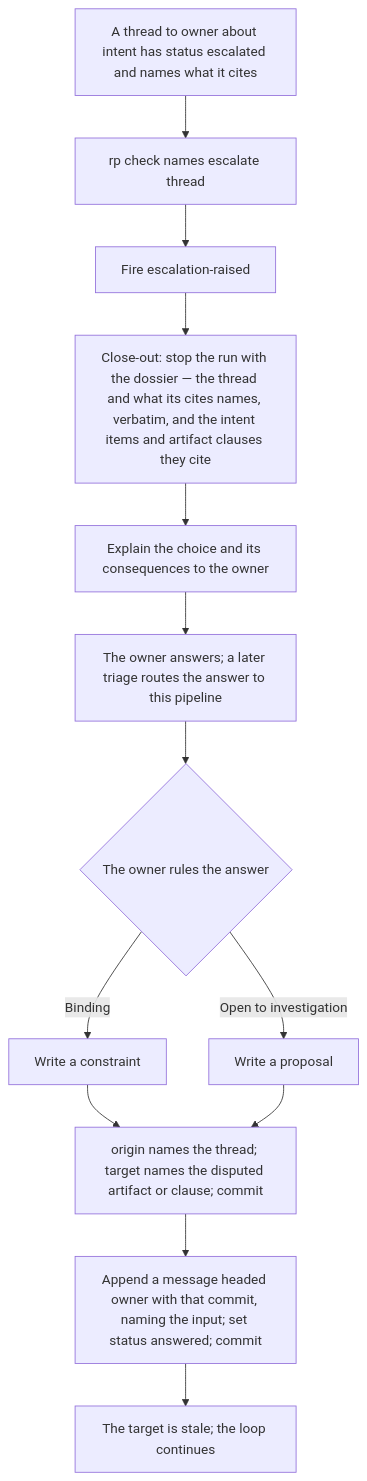
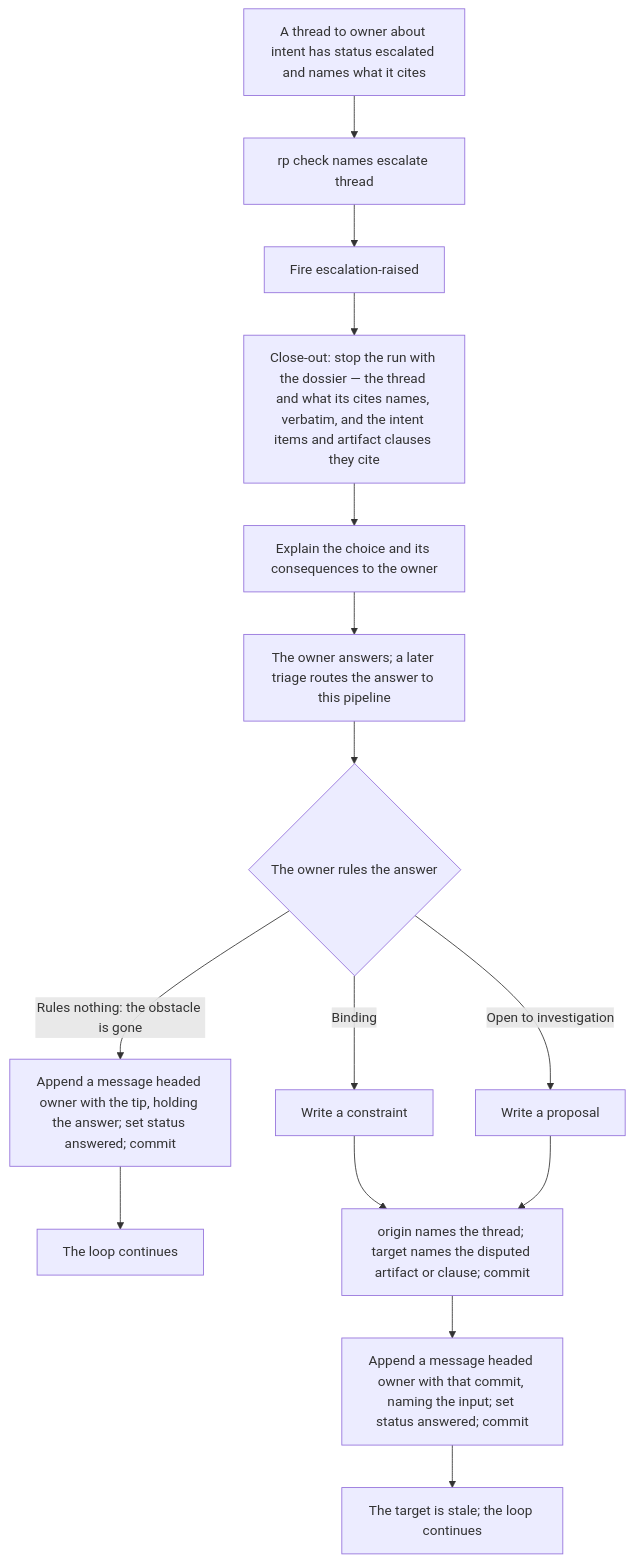
Before and after one commit to Automattic/radical-pipelines: the diagram in docs/flowcharts/escalation.md, drawn with Mermaid. The commit also changed other lines of this file and 16 other files, not shown here.

Commit message:
Continue a pipeline on a base conflict, owner commits, or a ruling-free answer without inventing a later input (assisted)

````diff
--- a/docs/flowcharts/escalation.md
+++ b/docs/flowcharts/escalation.md
@@ -5,15 +5,17 @@
 ```mermaid
 flowchart TD
     A["A thread to owner about intent has status escalated and names what it cites"] --> B["rp check names escalate thread"]
     B --> C["Fire escalation-raised"]
     C --> D["Close-out: stop the run with the dossier — the thread and what its cites names, verbatim, and the intent items and artifact clauses they cite"]
     D --> E["Explain the choice and its consequences to the owner"]
     E --> F["The owner answers; a later triage routes the answer to this pipeline"]
     F --> G{"The owner rules the answer"}
     G -->|Binding| H["Write a constraint"]
     G -->|Open to investigation| I["Write a proposal"]
+    G -->|Rules nothing: the obstacle is gone| M["Append a message headed owner with the tip, holding the answer; set status answered; commit"]
+    M --> N["The loop continues"]
     H --> J["origin names the thread; target names the disputed artifact or clause; commit"]
     I --> J
     J --> K["Append a message headed owner with that commit, naming the input; set status answered; commit"]
     K --> L["The target is stale; the loop continues"]
 ```
````
